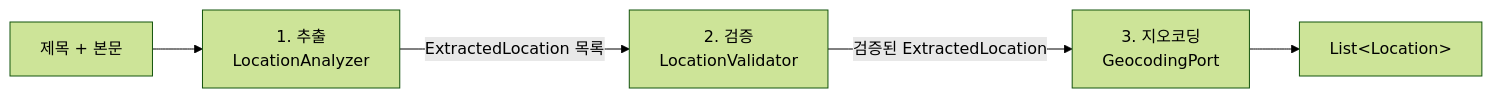
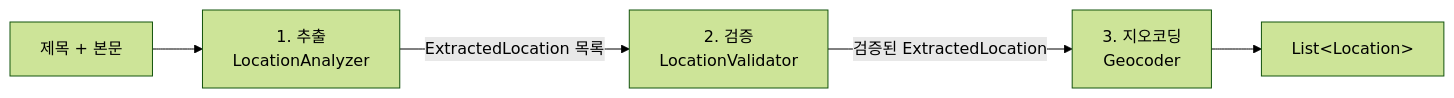
One commit to vonkernel/local-incident-tracker changed the third of 4 diagrams in analyzer/README.md. Above: the diagram before and after it, drawn with Mermaid (forest theme). The commit also changed other lines of this file and 162 other files, not shown here.

First line of the commit message:
Refactor package structure to hexagonal architecture conventions (#13)

````diff
--- a/analyzer/README.md
+++ b/analyzer/README.md
@@ -103,7 +103,7 @@
 ```mermaid
 flowchart LR
     T[제목 + 본문] --> S1[1. 추출<br/>LocationAnalyzer]
     S1 -->|ExtractedLocation 목록| S2[2. 검증<br/>LocationValidator]
-    S2 -->|검증된 ExtractedLocation| S3[3. 지오코딩<br/>GeocodingPort]
+    S2 -->|검증된 ExtractedLocation| S3[3. 지오코딩<br/>Geocoder]
     S3 --> L["List&lt;Location&gt;"]
 ```
````
